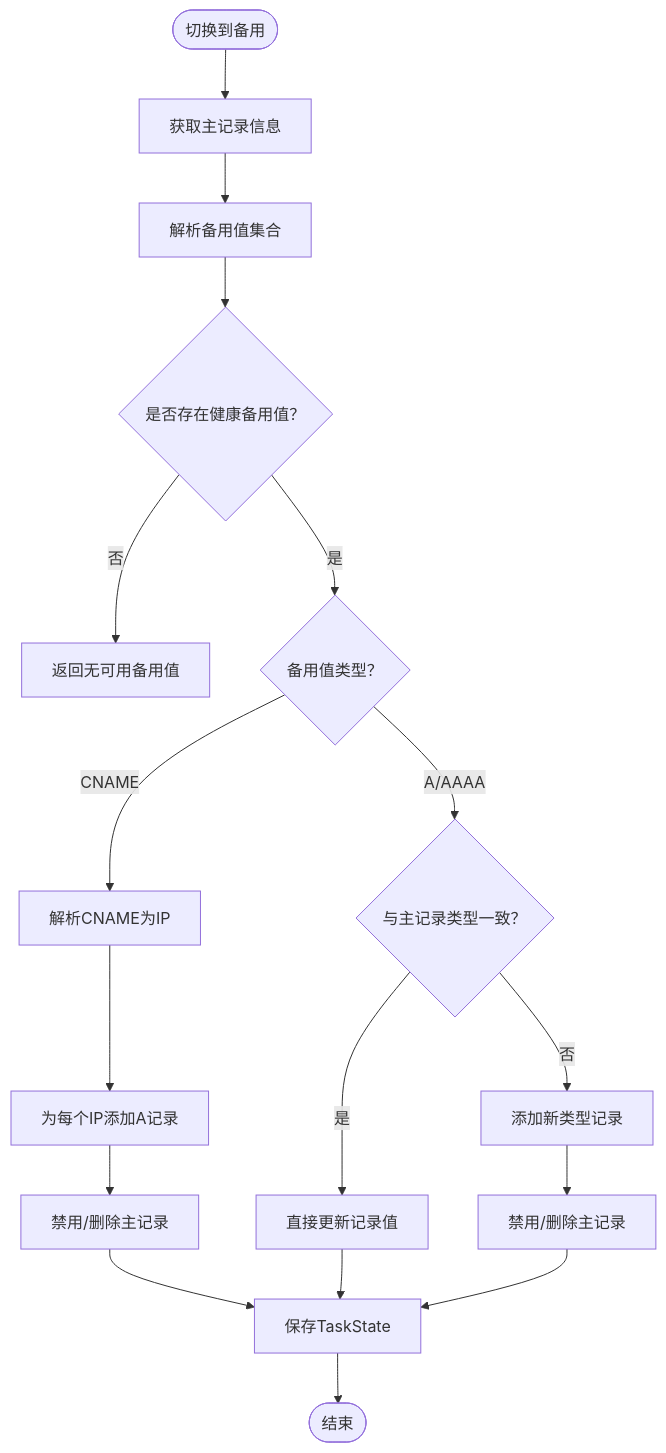
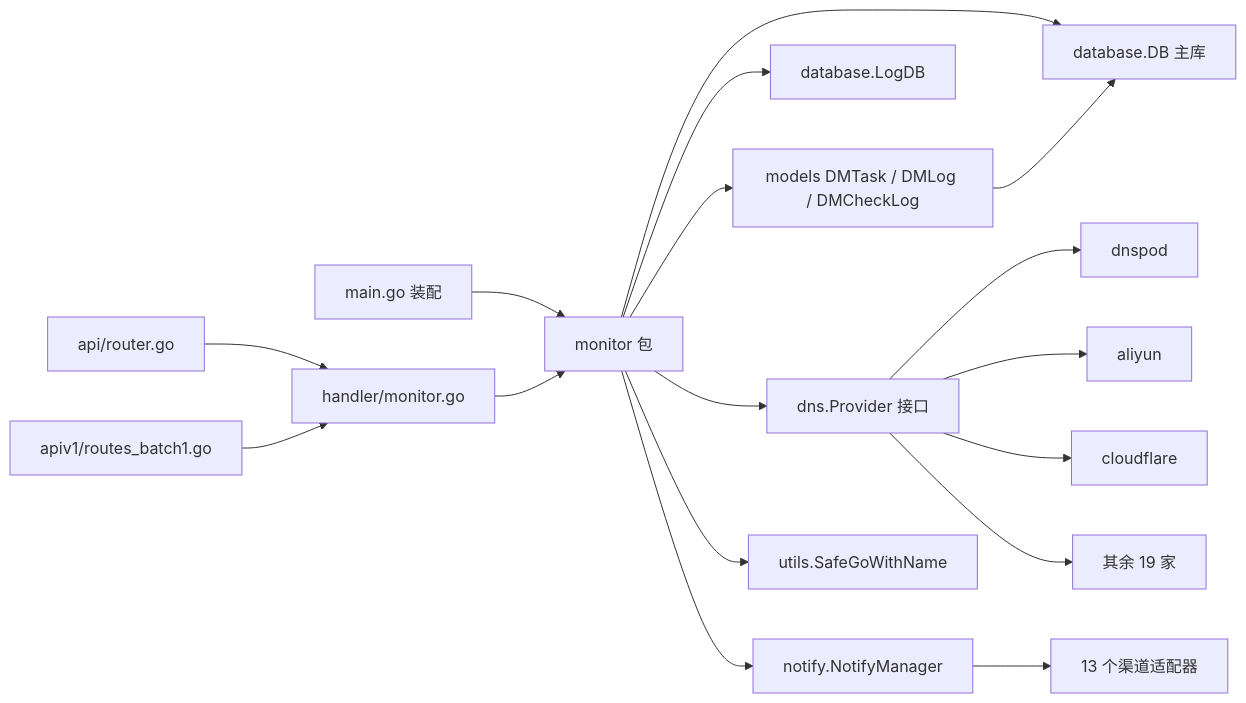
Before and after one commit to x01n/dnsplane: the fourth of 5 diagrams in docs/监控告警系统/故障切换逻辑.md, drawn with Mermaid. The commit also changed other lines of this file and 326 other files, not shown here.

````diff
--- a/docs/监控告警系统/故障切换逻辑.md
+++ b/docs/监控告警系统/故障切换逻辑.md
@@ -226,19 +435,19 @@
 ```mermaid
-flowchart TD
-Start(["切换到备用"]) --> GetInfo["获取主记录信息"]
-GetInfo --> BackupVals["解析备用值集合"]
-BackupVals --> HasHealthy{"是否存在健康备用值？"}
-HasHealthy --> |否| Fail["返回无可用备用值"]
-HasHealthy --> |是| Type{"备用值类型？"}
-Type --> |CNAME| Resolve["解析CNAME为IP"]
-Resolve --> AddA["为每个IP添加A记录"]
-AddA --> DisableMain["禁用/删除主记录"]
-DisableMain --> SaveState["保存TaskState"]
-Type --> |A/AAAA| SameType{"与主记录类型一致？"}
-SameType --> |是| Update["直接更新记录值"]
-SameType --> |否| AddNew["添加新类型记录"]
-AddNew --> DisableMain2["禁用/删除主记录"]
-Update --> SaveState
-DisableMain2 --> SaveState
-SaveState --> End(["结束"])
+graph LR
+    MAINF["main.go 装配"] --> MON["monitor 包"]
+    RT["api/router.go"] --> SvcH["handler/monitor.go"]
+    APIV1["apiv1/routes_batch1.go"] --> SvcH
+    SvcH --> MON
+    MON --> MGR["models DMTask / DMLog / DMCheckLog"]
+    MON --> DBS["database.DB 主库"]
+    MON --> LOGDB["database.LogDB"]
+    MON --> DNSP["dns.Provider 接口"]
+    MON --> NTFO["notify.NotifyManager"]
+    MON --> UTIL["utils.SafeGoWithName"]
+    MGR --> DBS
+    NTFO --> CHS["13 个渠道适配器"]
+    DNSP --> P1["dnspod"]
+    DNSP --> P2["aliyun"]
+    DNSP --> P3["cloudflare"]
+    DNSP --> P4["其余 19 家"]
 ```
````
